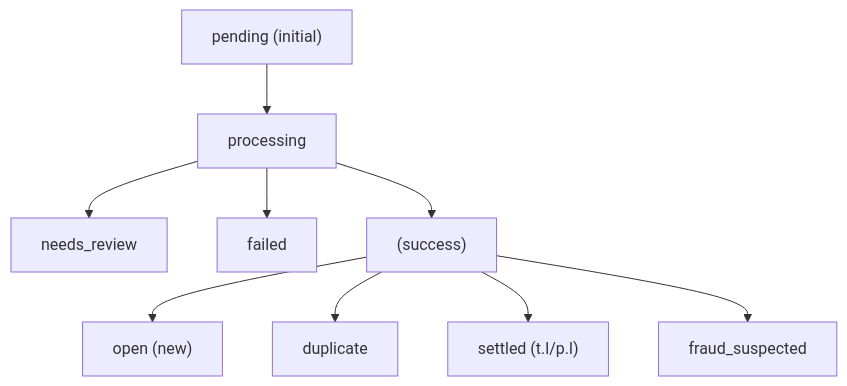
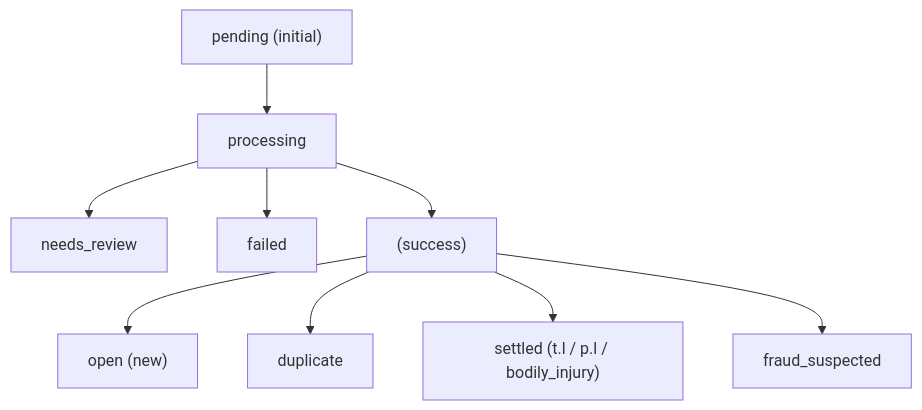
The second of 2 diagrams in docs/database.md (csmangum/auto-agent), drawn with Mermaid before and after one commit. The commit also changed 1 other file, not shown here.

Commit message:
Update claim-types and database documentation for clarity and accuracy
- Revised flowchart in claim-types.md to correct the order of fraud indicators and injury checks.
- Updated descriptions in claim-types.md to replace "formal workflow specification" with "workflow details" for consistency.
- Enhanced the database.md flowchart to clarify the meaning of "settled" status by including bodily injury in the description.

````diff
--- a/docs/database.md
+++ b/docs/database.md
@@ -294,21 +294,21 @@
 ```mermaid
 flowchart TD
     pending["pending (initial)"]
     processing["processing"]
     needs_review["needs_review"]
     failed["failed"]
     success["(success)"]
     open["open (new)"]
     duplicate["duplicate"]
-    settled["settled (t.l/p.l)"]
+    settled["settled (t.l / p.l / bodily_injury)"]
     fraud["fraud_suspected"]
 
     pending --> processing
     processing --> needs_review
     processing --> failed
     processing --> success
     success --> open
     success --> duplicate
     success --> settled
     success --> fraud
 ```
````
